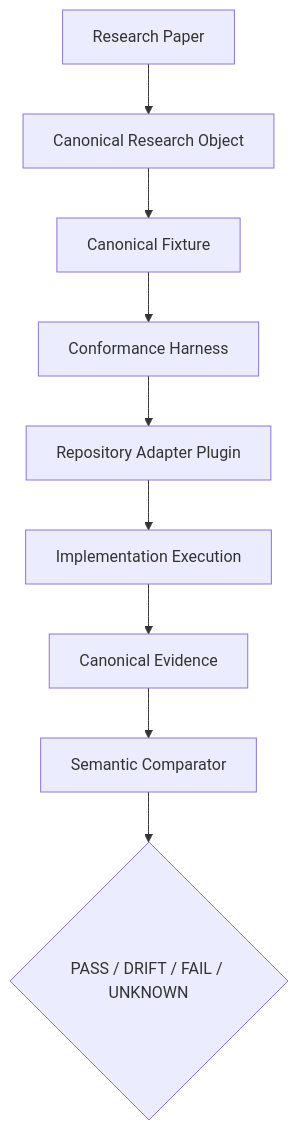
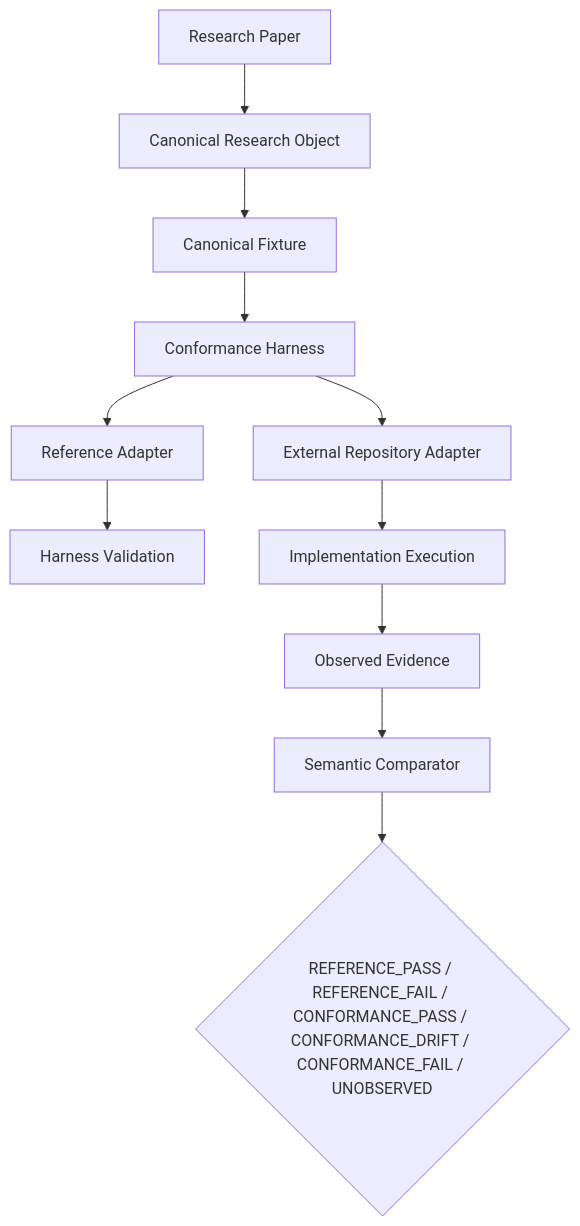
One commit to joselunasrt8-creator/structural-analysis-foundations changed the diagram in conformance/architecture.mmd. Above: the diagram before and after it, drawn with Mermaid. The commit also changed 13 other files, not shown here.

Commit message:
Resolve conformance harness review findings

```diff
--- a/conformance/architecture.mmd
+++ b/conformance/architecture.mmd
@@ -1,9 +1,11 @@
 flowchart TD
   A[Research Paper] --> B[Canonical Research Object]
   B --> C[Canonical Fixture]
   C --> D[Conformance Harness]
-  D --> E[Repository Adapter Plugin]
+  D --> R[Reference Adapter]
+  R --> HV[Harness Validation]
+  D --> E[External Repository Adapter]
   E --> F[Implementation Execution]
-  F --> G[Canonical Evidence]
+  F --> G[Observed Evidence]
   G --> H[Semantic Comparator]
-  H --> I{PASS / DRIFT / FAIL / UNKNOWN}
+  H --> I{REFERENCE_PASS / REFERENCE_FAIL / CONFORMANCE_PASS / CONFORMANCE_DRIFT / CONFORMANCE_FAIL / UNOBSERVED}
```
